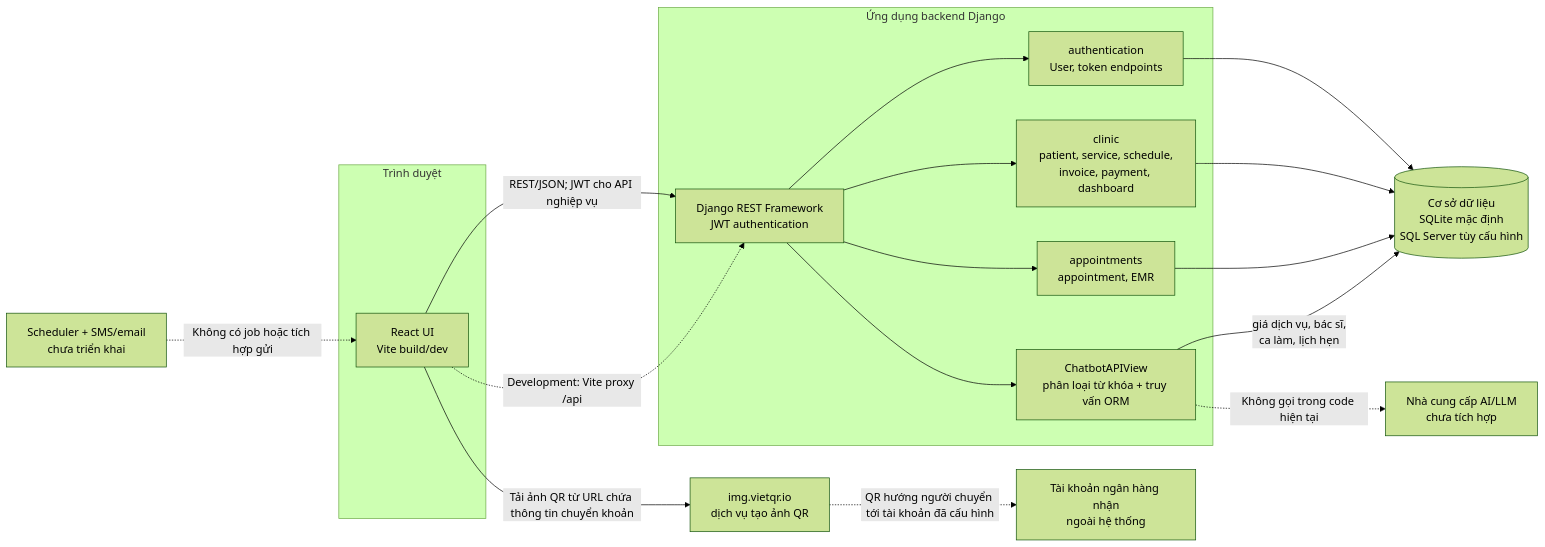
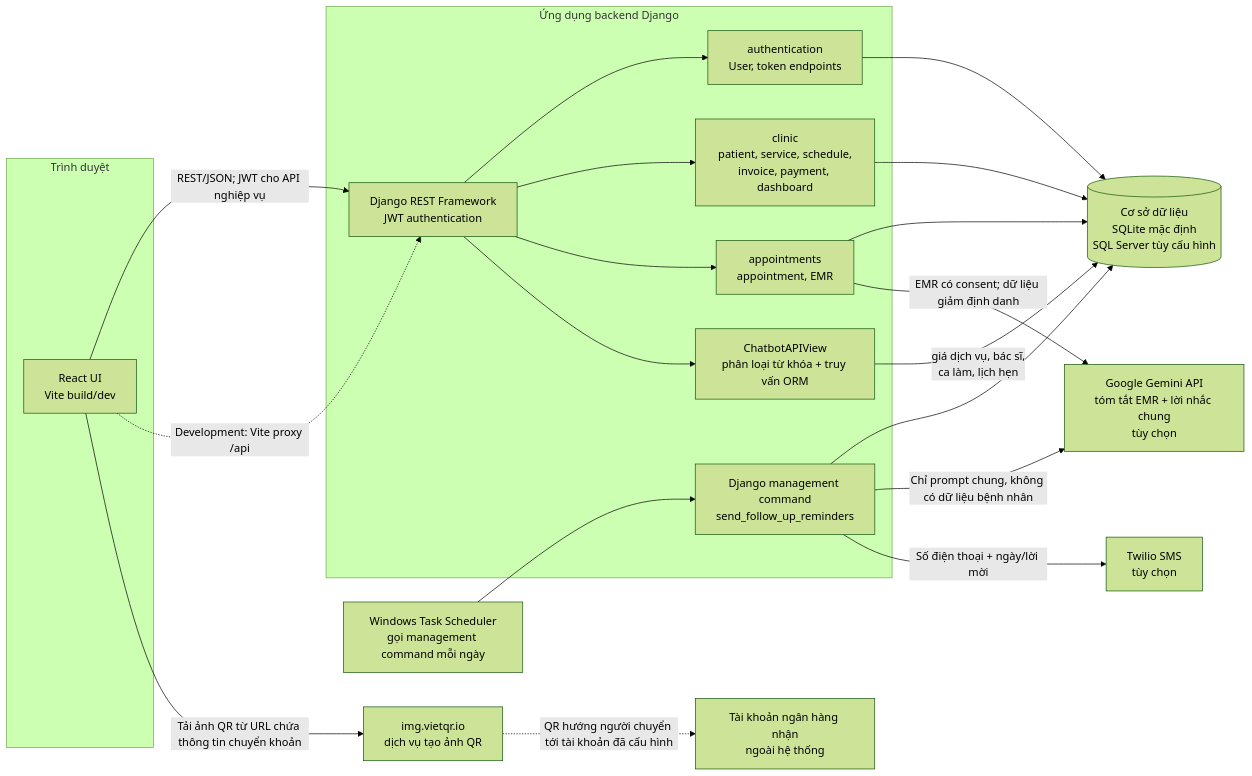
One commit to tuuyengb06/dental-clinic-system changed the first of 4 diagrams in docs/architecture-and-design.md. Above: the diagram before and after it, drawn with Mermaid (forest theme). The commit also changed other lines of this file and 21 other files, not shown here.

Commit message:
future: add consent-gated AI summary and SMS reminders

````diff
--- a/docs/architecture-and-design.md
+++ b/docs/architecture-and-design.md
@@ -11,35 +11,40 @@
 ```mermaid
 flowchart LR
     subgraph Client["Trình duyệt"]
         UI["React UI<br/>Vite build/dev"]
     end
 
     subgraph App["Ứng dụng backend Django"]
         API["Django REST Framework<br/>JWT authentication"]
         Auth["authentication<br/>User, token endpoints"]
         Clinic["clinic<br/>patient, service, schedule,<br/>invoice, payment, dashboard"]
         Appt["appointments<br/>appointment, EMR"]
+        ReminderJob["Django management command<br/>send_follow_up_reminders"]
         Chat["ChatbotAPIView<br/>phân loại từ khóa + truy vấn ORM"]
         API --> Auth
         API --> Clinic
         API --> Appt
         API --> Chat
     end
 
     DB[(Cơ sở dữ liệu<br/>SQLite mặc định<br/>SQL Server tùy cấu hình)]
     QR["img.vietqr.io<br/>dịch vụ tạo ảnh QR"]
     Bank["Tài khoản ngân hàng nhận<br/>ngoài hệ thống"]
-    AI["Nhà cung cấp AI/LLM<br/>chưa tích hợp"]
-    Notify["Scheduler + SMS/email<br/>chưa triển khai"]
+    AI["Google Gemini API<br/>tóm tắt EMR + lời nhắc chung<br/>tùy chọn"]
+    Scheduler["Windows Task Scheduler<br/>gọi management command mỗi ngày"]
+    Notify["Twilio SMS<br/>tùy chọn"]
 
     UI -->|"REST/JSON; JWT cho API nghiệp vụ"| API
     UI -. "Development: Vite proxy /api" .-> API
+    ReminderJob --> DB
     Auth --> DB
     Clinic --> DB
     Appt --> DB
     Chat -->|"giá dịch vụ, bác sĩ,<br/>ca làm, lịch hẹn"| DB
     UI -->|"Tải ảnh QR từ URL chứa thông tin chuyển khoản"| QR
     QR -. "QR hướng người chuyển tới tài khoản đã cấu hình" .-> Bank
-    Chat -. "Không gọi trong code hiện tại" .-> AI
-    Notify -. "Không có job hoặc tích hợp gửi" .-> UI
+    Appt -->|"EMR có consent; dữ liệu giảm định danh"| AI
+    Scheduler --> ReminderJob
+    ReminderJob -->|"Chỉ prompt chung, không có dữ liệu bệnh nhân"| AI
+    ReminderJob -->|"Số điện thoại + ngày/lời mời"| Notify
 ```
````
